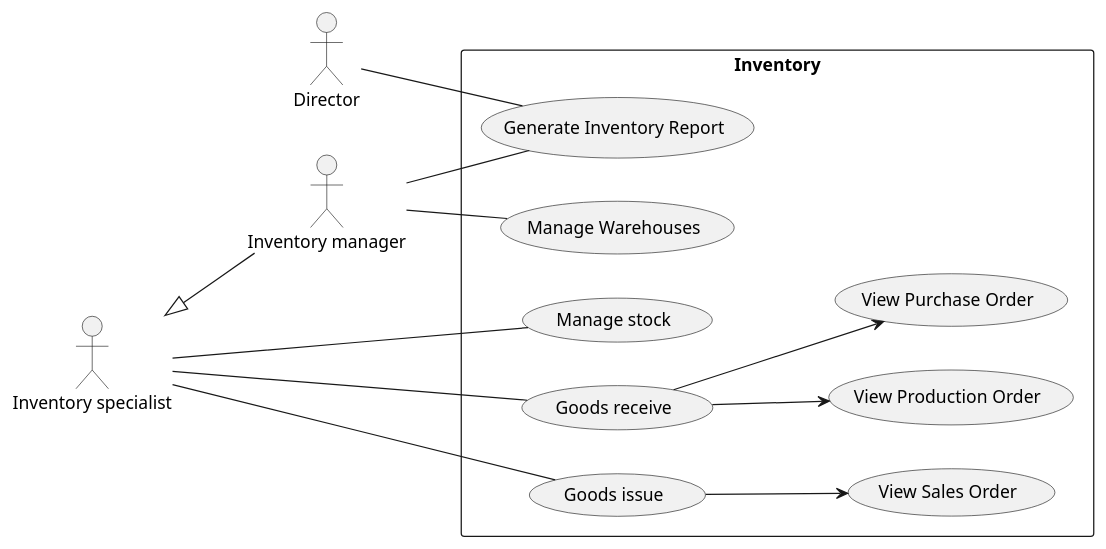
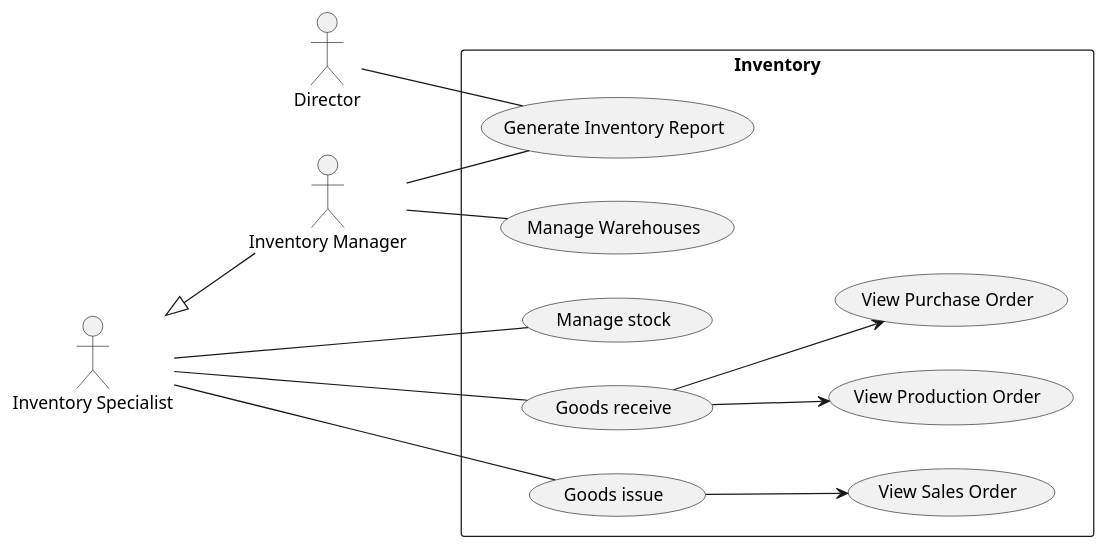
Before and after one commit to phihungha/scmss-reqs: the diagram in use-cases/inventory.plantuml, drawn with PlantUML. The commit also changed 43 other files, not shown here.

```diff
--- a/use-cases/inventory.plantuml
+++ b/use-cases/inventory.plantuml
@@ -1,24 +1,24 @@
 @startuml Inventory
 left to right direction
 
 :Director: as d
 
-:Inventory manager: as im
-:Inventory specialist: as is
+:Inventory Manager: as im
+:Inventory Specialist: as is
 is <|-- im
 
 rectangle Inventory {
     is -- (Manage stock)
 
     is -- (Goods receive)
     (Goods receive) --> (View Purchase Order)
     (Goods receive) --> (View Production Order)
 
     is -- (Goods issue)
     (Goods issue) --> (View Sales Order)
 
     im -- (Manage Warehouses)
     im -- (Generate Inventory Report)
     d -- (Generate Inventory Report)
 }
 @enduml
```
